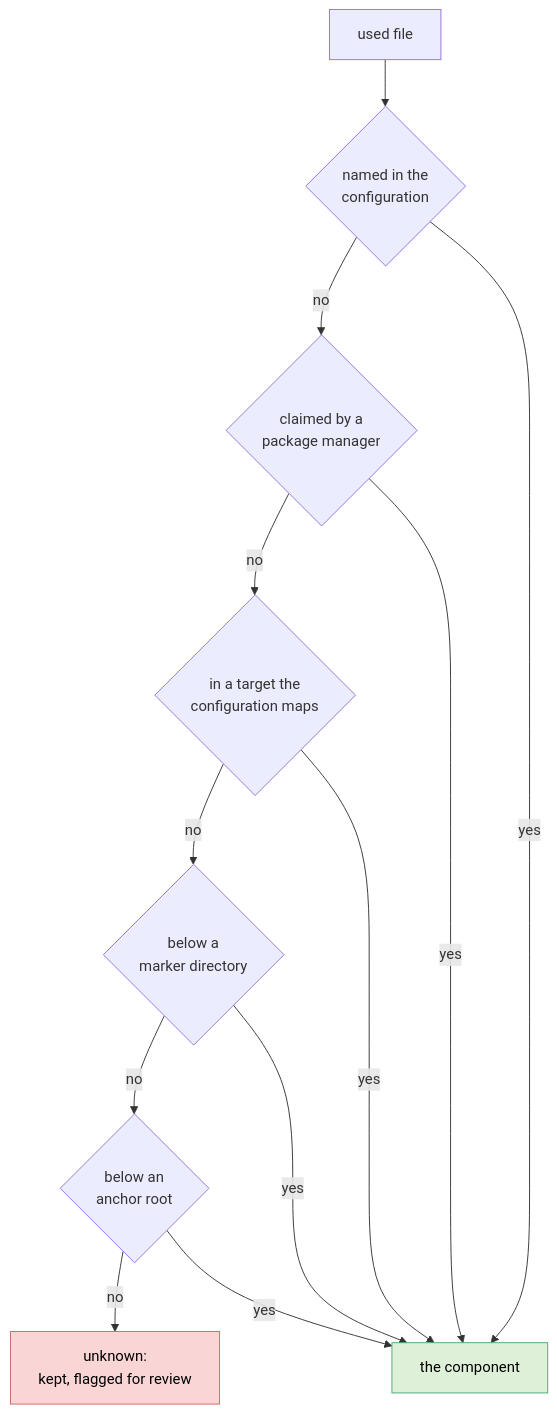
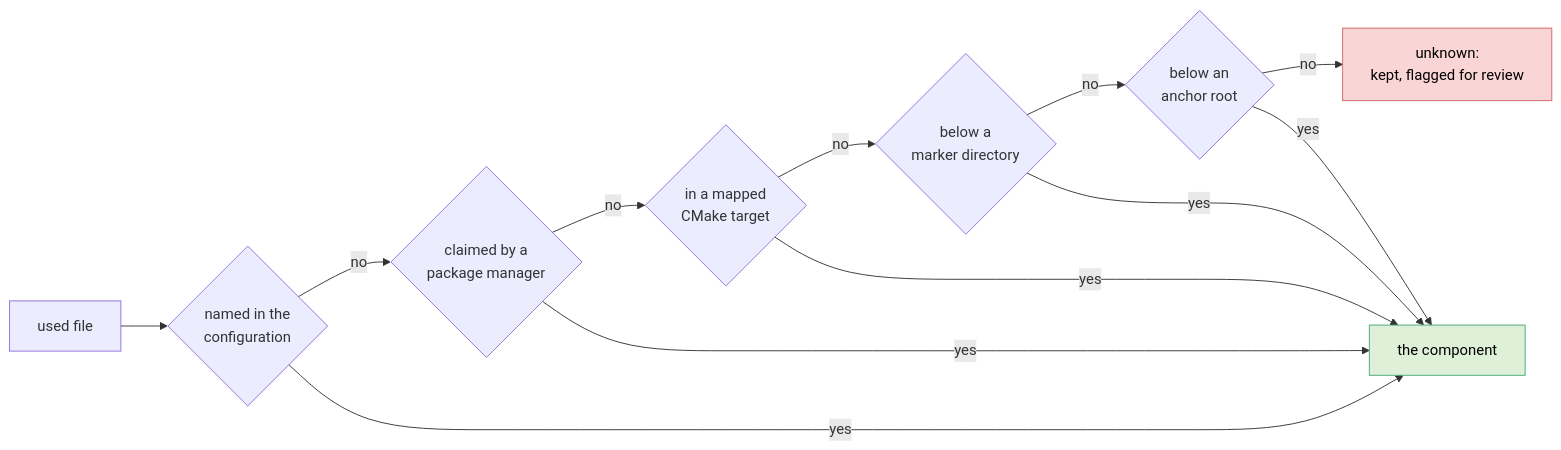
The fifth of 6 diagrams in docs/architecture.md (Andste82/sbomb), drawn with Mermaid before and after one commit.

Commit message:
docs: lay the component mapping out sideways
The diagram came out 527 by 1350 pixels: five decisions stacked downwards,
every "yes" edge running the full height to one node at the bottom. Markdown
scales a figure to the column width, so a shape that tall arrives with text
too small to read, and a diagram nobody can read is worse than no diagram.

Running the chain left to right puts it at 1512 by 442, which is the shape
the other horizontal figures in this file already have. Same nodes, same
edges, same order -- only the direction changed.

The object-to-source diagram is left alone. It is the same shape on paper
but it displays cleanly, so there is nothing to fix there.

Claude-Session: https://claude.ai/code/session_01CCwYhGoTSETrnPE5RdGQyL

````diff
--- a/docs/architecture.md
+++ b/docs/architecture.md
@@ -235,28 +235,19 @@
 ```mermaid
-flowchart TB
-    F["used file"]
-    S1{"named in the<br/>configuration"}
-    S2{"claimed by a<br/>package manager"}
-    S3{"in a target the<br/>configuration maps"}
-    S4{"below a<br/>marker directory"}
-    S5{"below an<br/>anchor root"}
-    OK["the component"]
-    U["unknown:<br/>kept, flagged for review"]
-
-    F --> S1
-    S1 -->|no| S2
-    S2 -->|no| S3
-    S3 -->|no| S4
-    S4 -->|no| S5
-    S5 -->|no| U
-    S1 -->|yes| OK
+flowchart LR
+    F["used file"] --> S1
+    S1{"named in the<br/>configuration"} -->|no| S2{"claimed by a<br/>package manager"}
+    S2 -->|no| S3{"in a mapped<br/>CMake target"}
+    S3 -->|no| S4{"below a<br/>marker directory"}
+    S4 -->|no| S5{"below an<br/>anchor root"}
+    S5 -->|no| U["unknown:<br/>kept, flagged for review"]
+    S1 -->|yes| OK["the component"]
     S2 -->|yes| OK
     S3 -->|yes| OK
     S4 -->|yes| OK
     S5 -->|yes| OK
 
     classDef good fill:#dff0d8,stroke:#4a7,color:#000
     classDef bad fill:#f9d6d5,stroke:#c66,color:#000
     class OK good
     class U bad
 ```
````
